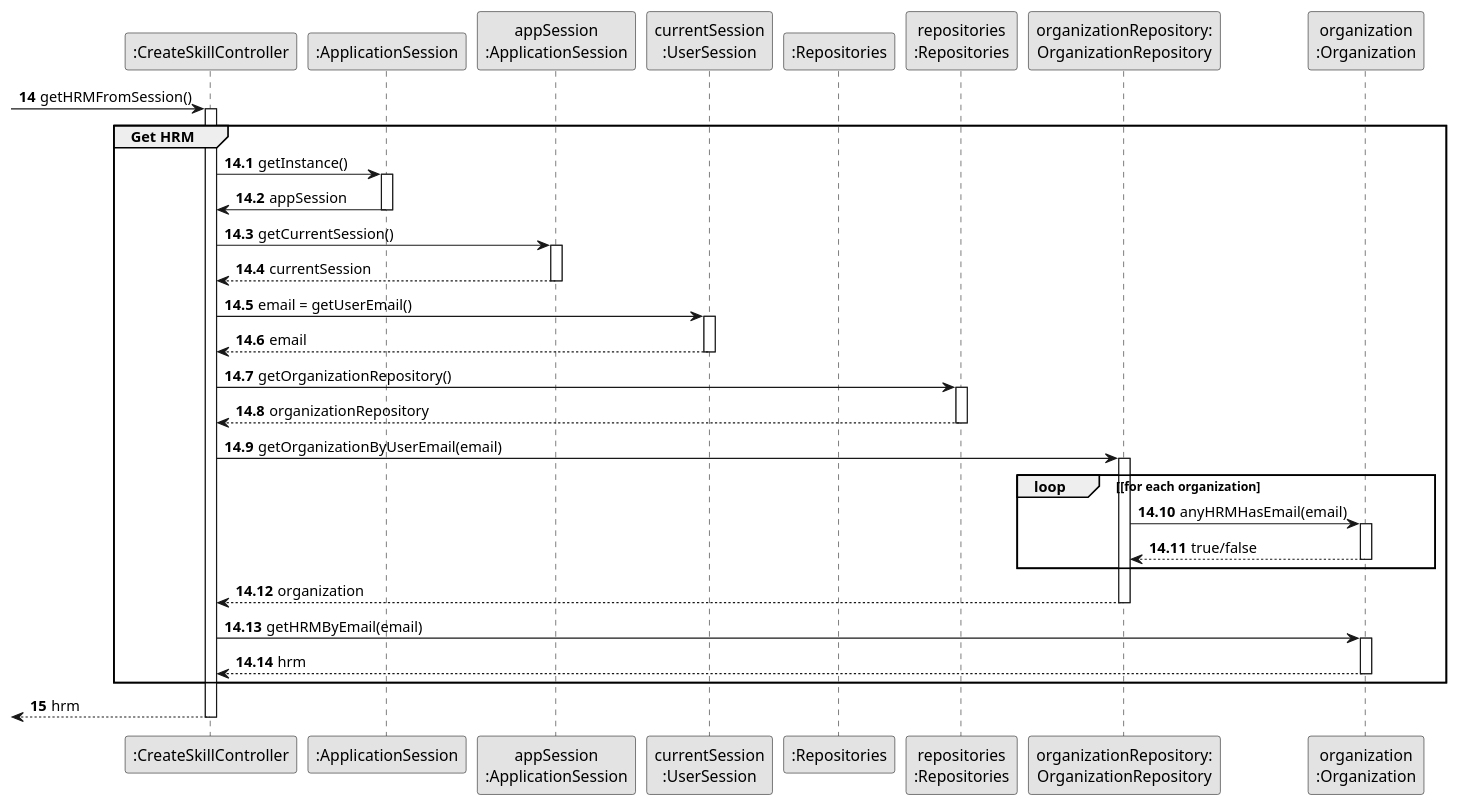
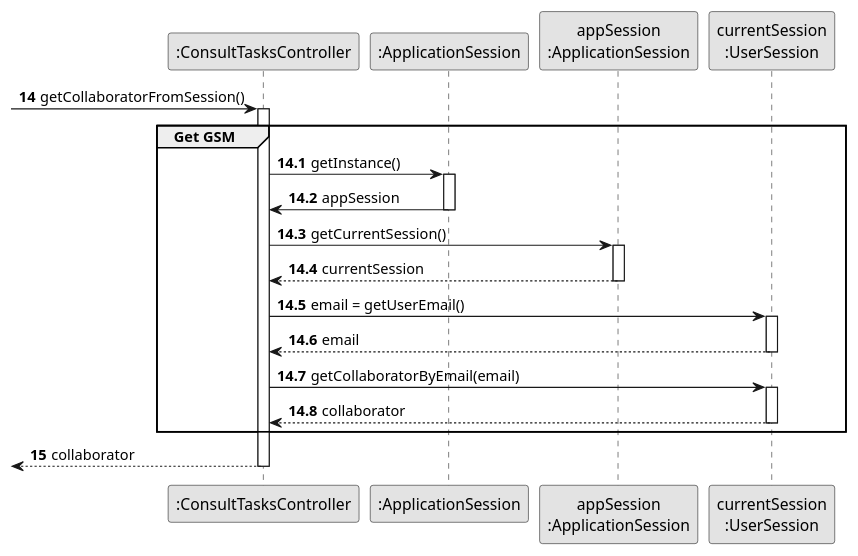
Before and after one commit to tiagosoa/lei-24-s2-1dgh-g073: the diagram in docs/sprint3/us028/03.design/puml/us001-sequence-diagram-partial-get-hrm.puml, drawn with PlantUML. The commit also changed 20 other files, not shown here.

```diff
--- a/docs/sprint3/us028/03.design/puml/us001-sequence-diagram-partial-get-hrm.puml
+++ b/docs/sprint3/us028/03.design/puml/us001-sequence-diagram-partial-get-hrm.puml
@@ -1,72 +1,47 @@
 @startuml
 skinparam monochrome true
 skinparam packageStyle rectangle
 skinparam shadowing false
 
 
 
 'hide footbox
-participant ":CreateSkillController" as CTRL
+participant ":ConsultTasksController" as CTRL
 participant ":ApplicationSession" as _APP
 participant "appSession\n:ApplicationSession" as APP
 participant "currentSession\n:UserSession" as SESSAO
-participant ":Repositories" as RepositorySingleton
-participant "repositories\n:Repositories" as PLAT
-participant "organizationRepository:\nOrganizationRepository" as OrganizationRepository
-participant "organization\n:Organization" as ORG
 
 autonumber 14
--> CTRL : getHRMFromSession()
+-> CTRL : getCollaboratorFromSession()
 autonumber 14.1
 activate CTRL
 
-    group Get HRM
+    group Get GSM
         CTRL -> _APP: getInstance()
         activate _APP
             _APP -> CTRL: appSession
         deactivate _APP
 
         CTRL -> APP: getCurrentSession()
         activate APP
 
             APP --> CTRL: currentSession
         deactivate APP
 
         CTRL -> SESSAO: email = getUserEmail()
         activate SESSAO
 
             SESSAO --> CTRL: email
         deactivate SESSAO
 
-        CTRL -> PLAT: getOrganizationRepository()
-        activate PLAT
+        CTRL -> SESSAO: getCollaboratorByEmail(email)
+        activate SESSAO
 
-            PLAT --> CTRL: organizationRepository
-        deactivate PLAT
-
-        CTRL -> OrganizationRepository: getOrganizationByUserEmail(email)
-        activate OrganizationRepository
-
-            loop [for each organization
-                OrganizationRepository -> ORG : anyHRMHasEmail(email)
-                activate ORG
-
-                     ORG --> OrganizationRepository : true/false
-                deactivate ORG
-            end
-
-            OrganizationRepository --> CTRL : organization
-
-        deactivate OrganizationRepository
-
-        CTRL -> ORG: getHRMByEmail(email)
-        activate ORG
-
-            ORG --> CTRL : hrm
-        deactivate ORG
+            SESSAO --> CTRL : collaborator
+        deactivate SESSAO
     end
     autonumber 15
-    <-- CTRL : hrm
+    <-- CTRL : collaborator
 deactivate CTRL
 
 @enduml
```
